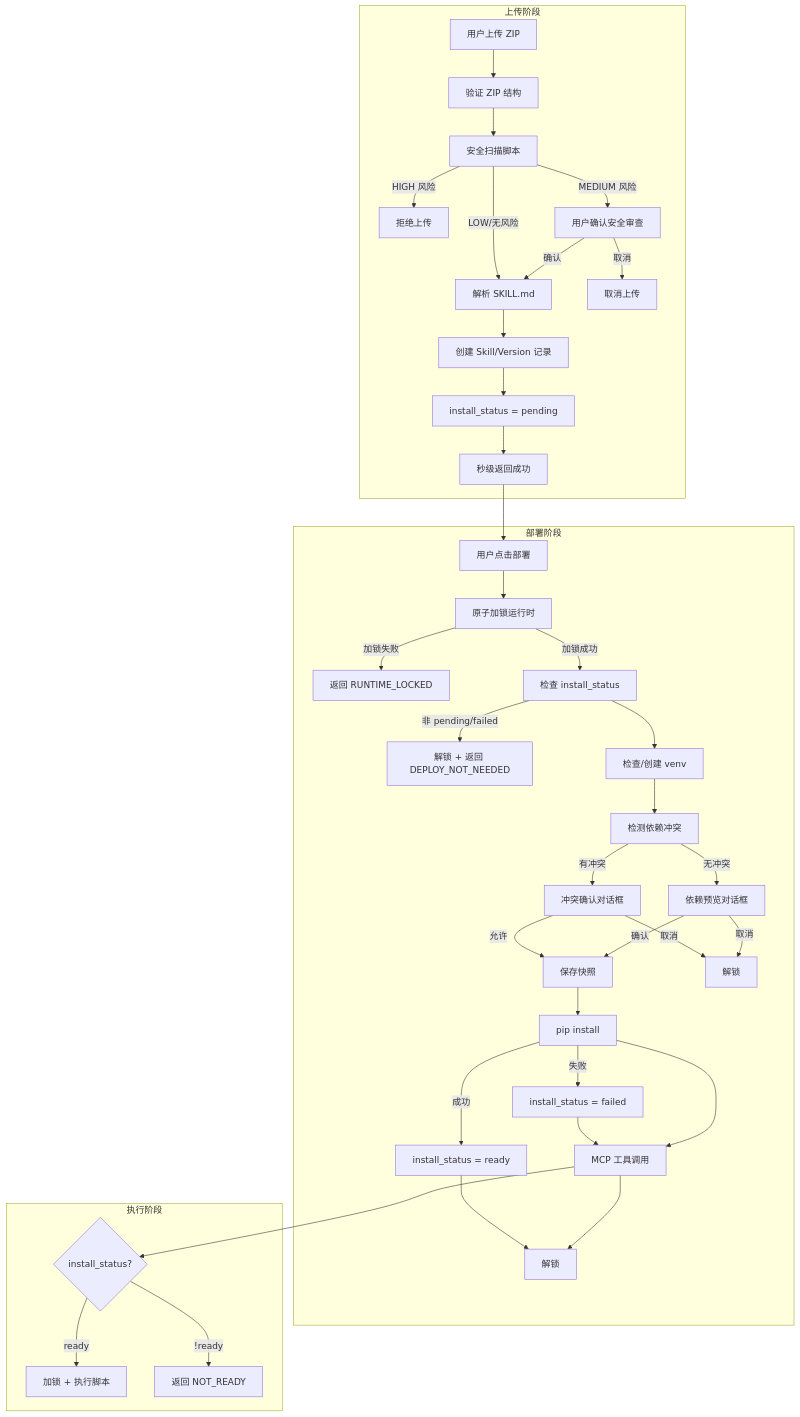
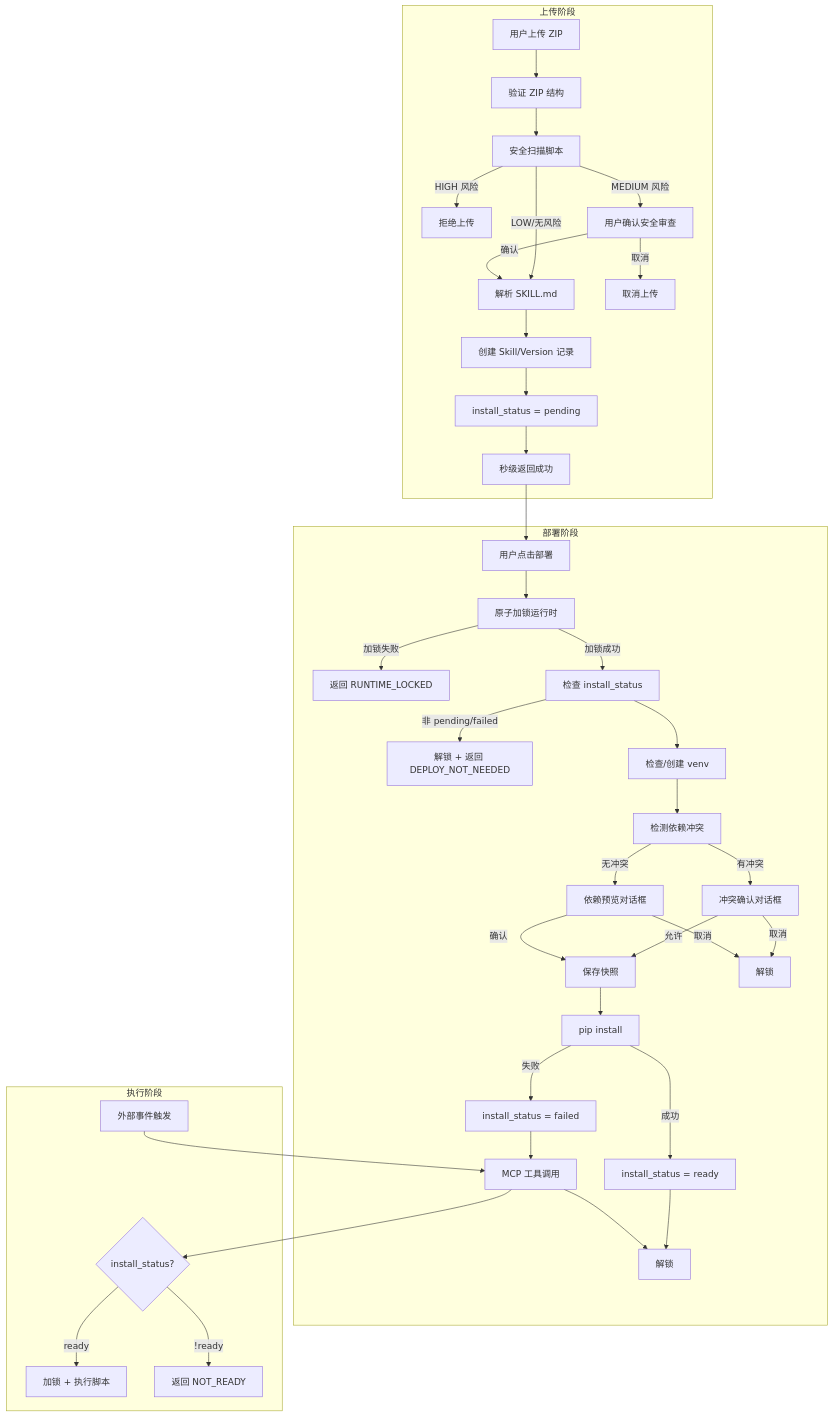
Before and after one commit to jiabai/open-skillhub: the diagram in docs/user-runtime-environment/04-core-flows.md, drawn with Mermaid. The commit also changed other lines of this file and 6 other files, not shown here.

````diff
--- a/docs/user-runtime-environment/04-core-flows.md
+++ b/docs/user-runtime-environment/04-core-flows.md
@@ -12,44 +12,44 @@
 ```mermaid
 graph TD
     subgraph 上传阶段
         A[用户上传 ZIP] --> B[验证 ZIP 结构]
         B --> C[安全扫描脚本]
         C -->|HIGH 风险| D[拒绝上传]
         C -->|MEDIUM 风险| E[用户确认安全审查]
         C -->|LOW/无风险| F[解析 SKILL.md]
         E -->|确认| F
         E -->|取消| G[取消上传]
         F --> H[创建 Skill/Version 记录]
         H --> I[install_status = pending]
         I --> J[秒级返回成功]
     end
 
     subgraph 部署阶段
         J --> K[用户点击部署]
         K --> L[原子加锁运行时]
         L -->|加锁失败| LA[返回 RUNTIME_LOCKED]
         L -->|加锁成功| M[检查 install_status]
         M -->|非 pending/failed| MB[解锁 + 返回 DEPLOY_NOT_NEEDED]
         M --> N[检查/创建 venv]
         N --> O[检测依赖冲突]
         O -->|有冲突| P[冲突确认对话框]
         O -->|无冲突| Q[依赖预览对话框]
         P -->|允许| R[保存快照]
         P -->|取消| S[解锁]
         Q -->|确认| R
         Q -->|取消| S
         R --> T[pip install]
         T -->|成功| U[install_status = ready]
         T -->|失败| V[install_status = failed]
         U --> W[解锁]
         V --> X[回滚依赖]
         X --> W
     end
 
     subgraph 执行阶段
-        T --> X[MCP 工具调用]
+        ExtEvent[外部事件触发] --> X[MCP 工具调用]
         X --> Y{install_status?}
         Y -->|ready| Z[加锁 + 执行脚本]
         Y -->|!ready| AA[返回 NOT_READY]
     end
 ```
````
